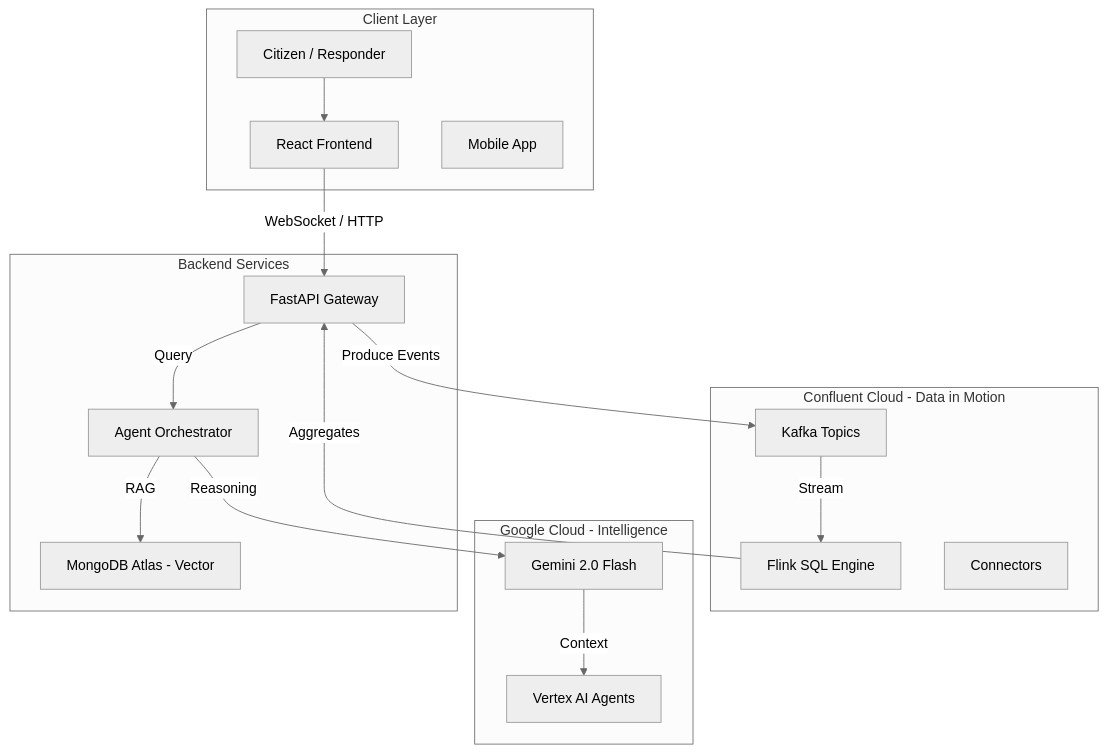
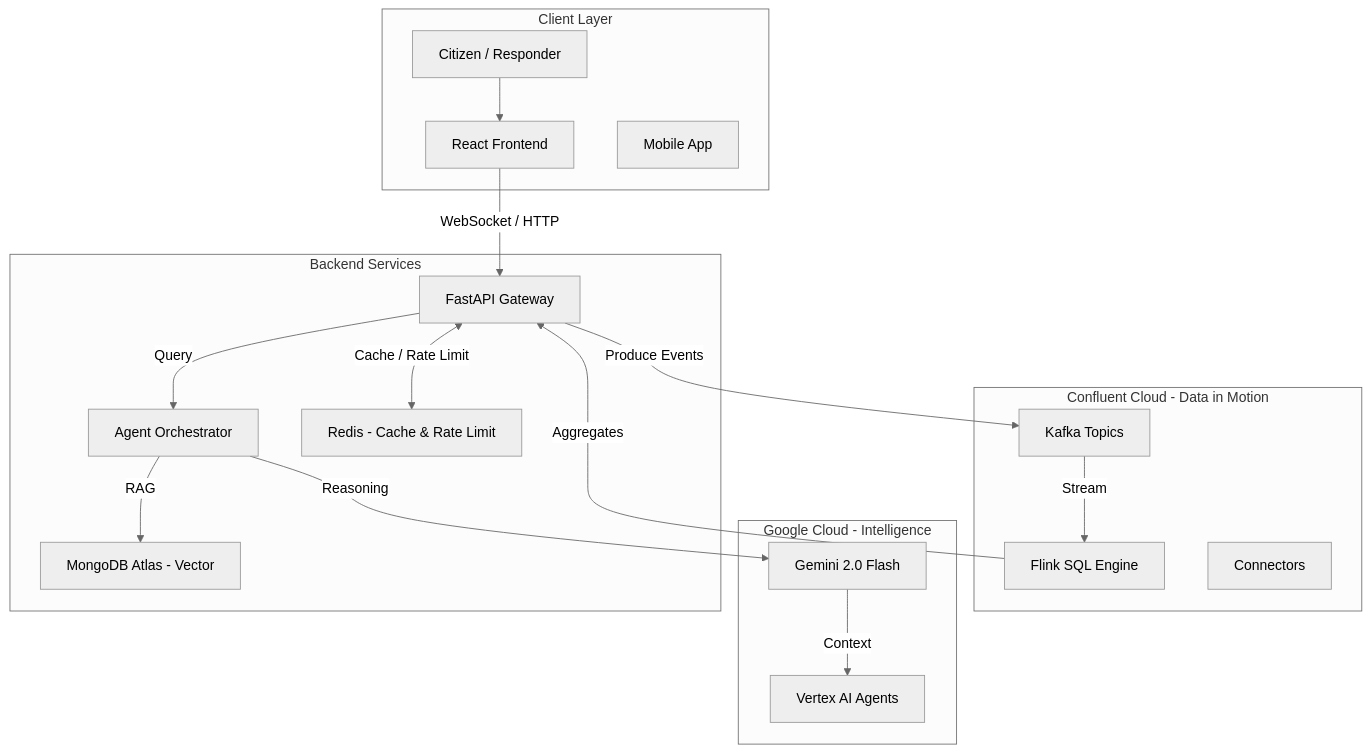
One commit to samalpartha/CivicSense changed the first of 4 diagrams in README.md. Above: the diagram before and after it, drawn with Mermaid (neutral theme). The commit also changed other lines of this file and 11 other files, not shown here.

````diff
--- a/README.md
+++ b/README.md
@@ -58,37 +58,39 @@
 ```mermaid
 graph TD
     subgraph ClientLayer [Client Layer]
         Web[React Frontend]
         Mobile[Mobile App]
         User[Citizen / Responder]
     end
 
     subgraph ConfluentCloud [Confluent Cloud - Data in Motion]
         Kafka[Kafka Topics]
         Flink[Flink SQL Engine]
         Connect[Connectors]
     end
 
     subgraph GoogleCloud [Google Cloud - Intelligence]
         Gemini[Gemini 2.0 Flash]
         Vertex[Vertex AI Agents]
     end
 
     subgraph BackendLayer [Backend Services]
         FastAPIGateway[FastAPI Gateway]
         MultiAgent[Agent Orchestrator]
         VectorDB[MongoDB Atlas - Vector]
+        RedisCache[Redis - Cache & Rate Limit]
     end
 
     User --> Web
     Web -->|WebSocket / HTTP| FastAPIGateway
     
     FastAPIGateway -->|Produce Events| Kafka
     Kafka -->|Stream| Flink
     Flink -->|Aggregates| FastAPIGateway
+    FastAPIGateway <-->|Cache / Rate Limit| RedisCache
     
     FastAPIGateway -->|Query| MultiAgent
     MultiAgent -->|Reasoning| Gemini
     MultiAgent -->|RAG| VectorDB
     Gemini -->|Context| Vertex
 ```
````
